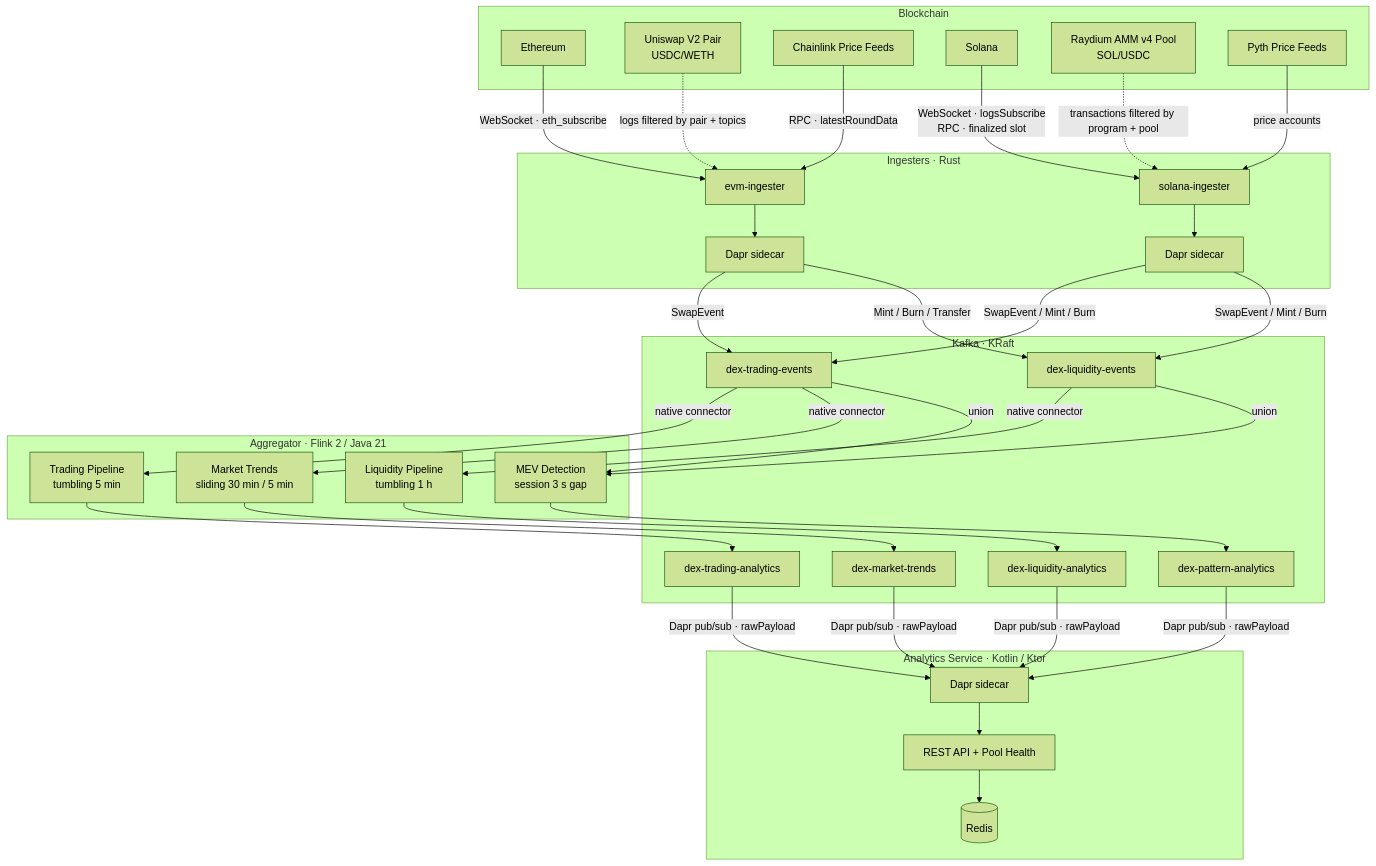
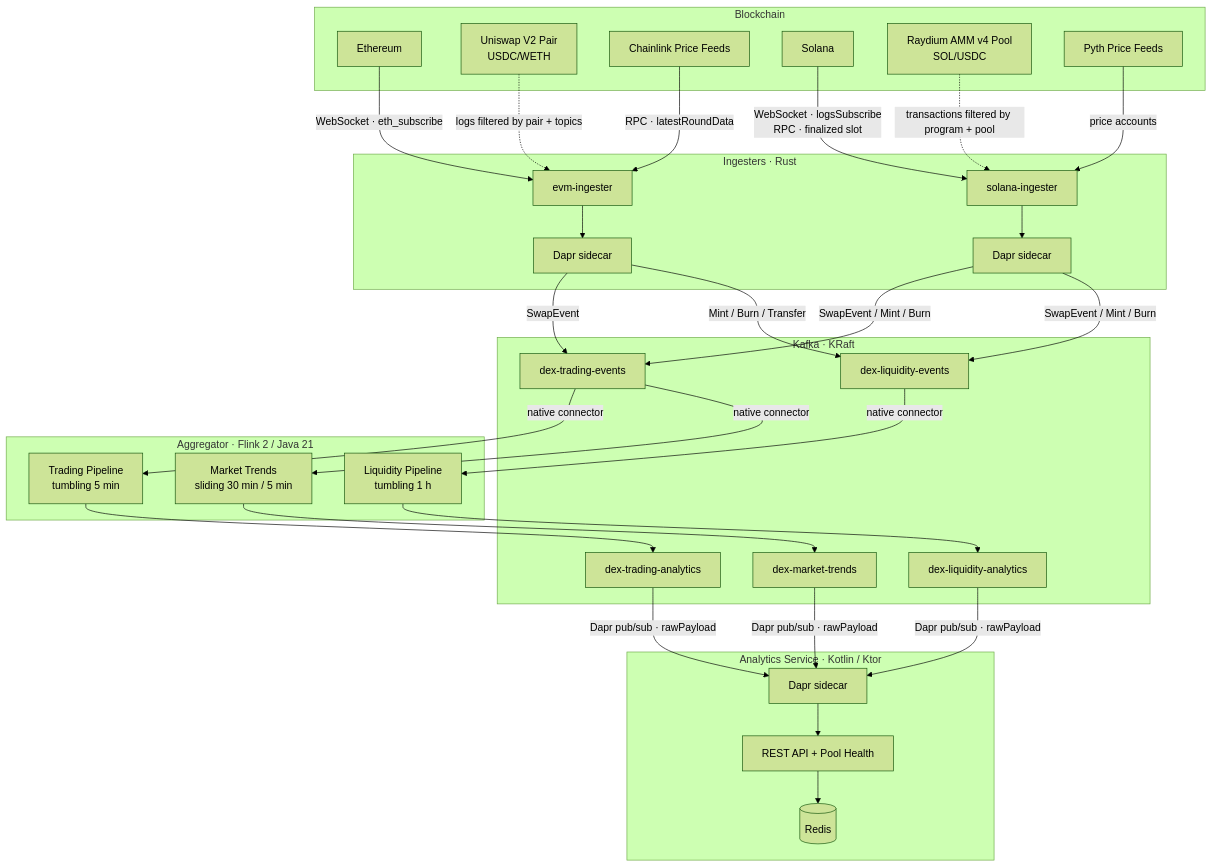
The first of 2 diagrams in ARCHITECTURE.md (peterzzshi/dex-stream-analytics), drawn with Mermaid (forest theme) before and after one commit. The commit also changed other lines of this file and 120 other files, not shown here.

````diff
--- a/ARCHITECTURE.md
+++ b/ARCHITECTURE.md
@@ -7,69 +7,65 @@
 ```mermaid
 graph TD
     subgraph Blockchain
         POLY[Ethereum]
         PAIR[Uniswap V2 Pair<br/>USDC/WETH]
         CHAIN[Chainlink Price Feeds]
         SOL[Solana]
         SOLPAIR[Raydium AMM v4 Pool<br/>SOL/USDC]
         PYTH[Pyth Price Feeds]
     end
 
     subgraph "Ingesters · Rust"
         ING[evm-ingester]
         SING[solana-ingester]
         DAPR_I[Dapr sidecar]
         DAPR_S[Dapr sidecar]
     end
 
     subgraph "Kafka · KRaft"
         KT[dex-trading-events]
         KL[dex-liquidity-events]
         OT[dex-trading-analytics]
         OL[dex-liquidity-analytics]
-        OP[dex-pattern-analytics]
         OM[dex-market-trends]
     end
 
     subgraph "Aggregator · Flink 2 / Java 21"
         F1[Trading Pipeline<br/>tumbling 5 min]
         F2[Liquidity Pipeline<br/>tumbling 1 h]
-        F3[MEV Detection<br/>session 3 s gap]
         F4[Market Trends<br/>sliding 30 min / 5 min]
     end
 
     subgraph "Analytics Service · Kotlin / Ktor"
         API[REST API + Pool Health]
         API_DAPR[Dapr sidecar]
         REDIS[(Redis)]
     end
 
     POLY -- "WebSocket · eth_subscribe" --> ING
     PAIR -. "logs filtered by pair + topics" .-> ING
     CHAIN -- "RPC · latestRoundData" --> ING
 
     SOL -- "WebSocket · logsSubscribe<br/>RPC · finalized slot" --> SING
     SOLPAIR -. " transactions filtered by program + pool " .-> SING
     PYTH -- "price accounts" --> SING
 
     ING --> DAPR_I
     SING --> DAPR_S
 
     DAPR_I -- SwapEvent --> KT
     DAPR_I -- "Mint / Burn / Transfer" --> KL
     DAPR_S -- "SwapEvent / Mint / Burn" --> KT & KL
 
     KT -- native connector --> F1
     KT -- native connector --> F4
     KL -- native connector --> F2
-    KT & KL -- union --> F3
 
     F1 --> OT
     F2 --> OL
-    F3 --> OP
     F4 --> OM
 
-    OT & OL & OP & OM -- "Dapr pub/sub · rawPayload" --> API_DAPR
+    OT & OL & OM -- "Dapr pub/sub · rawPayload" --> API_DAPR
     API_DAPR --> API
     API --> REDIS
 ```
````
